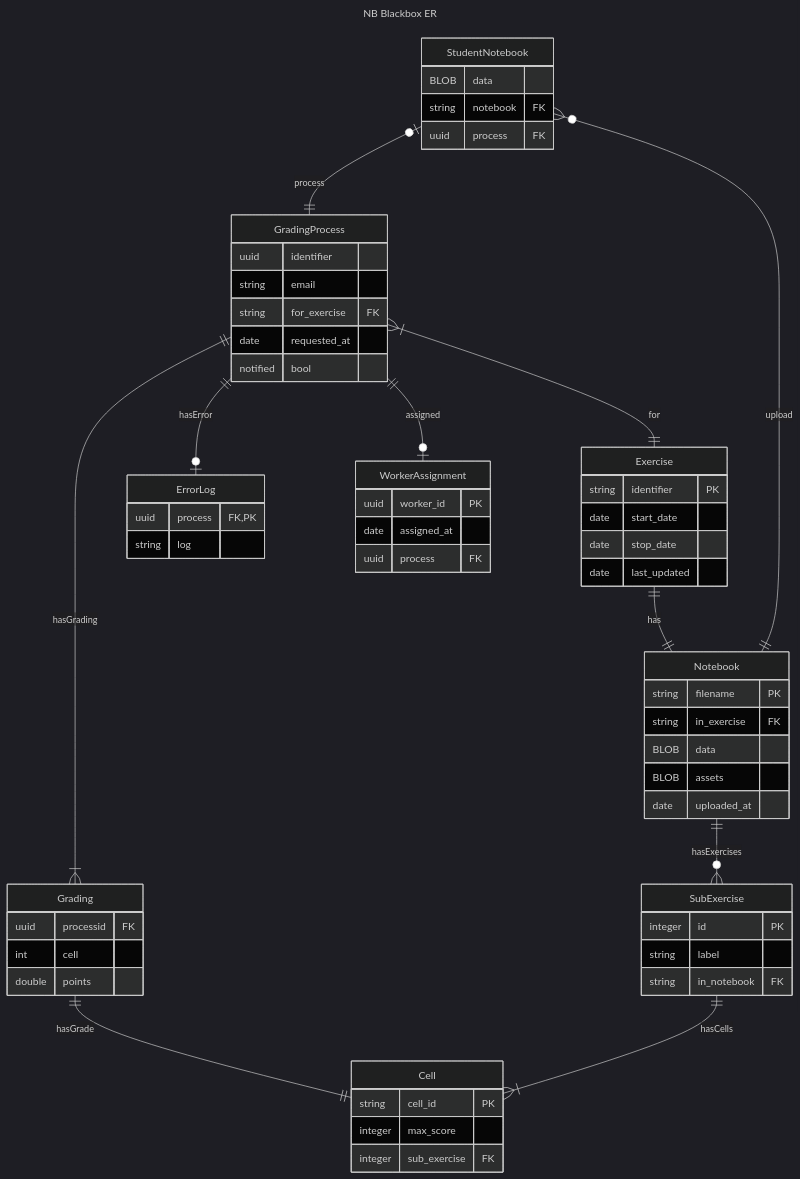
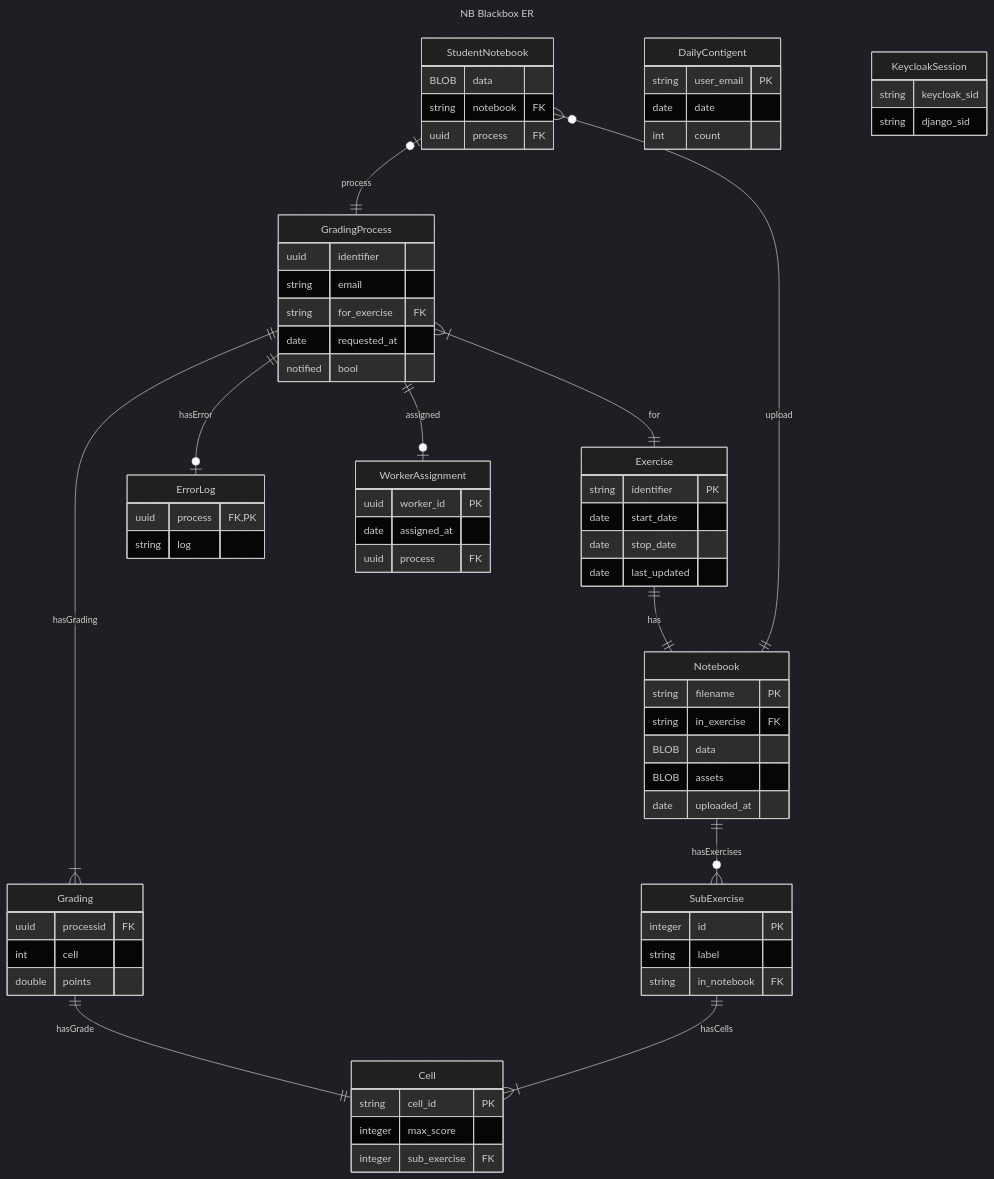
Before and after one commit to RWTH-DBIS/Ampelgrader: the diagram in datamodel.md, drawn with Mermaid (dark theme). The commit also changed other lines of this file, not shown here.

Commit message:
Update datamodel

```diff
--- a/datamodel.md
+++ b/datamodel.md
@@ -63,6 +63,17 @@
         string notebook FK
         uuid process FK
     }
+
+    DailyContigent {
+        string user_email PK
+        date date
+        int count
+    }
+
+    KeycloakSession {
+        string keycloak_sid
+        string django_sid
+    }
         
     Exercise ||--|| Notebook: has
     GradingProcess }|--|| Exercise: for
```
